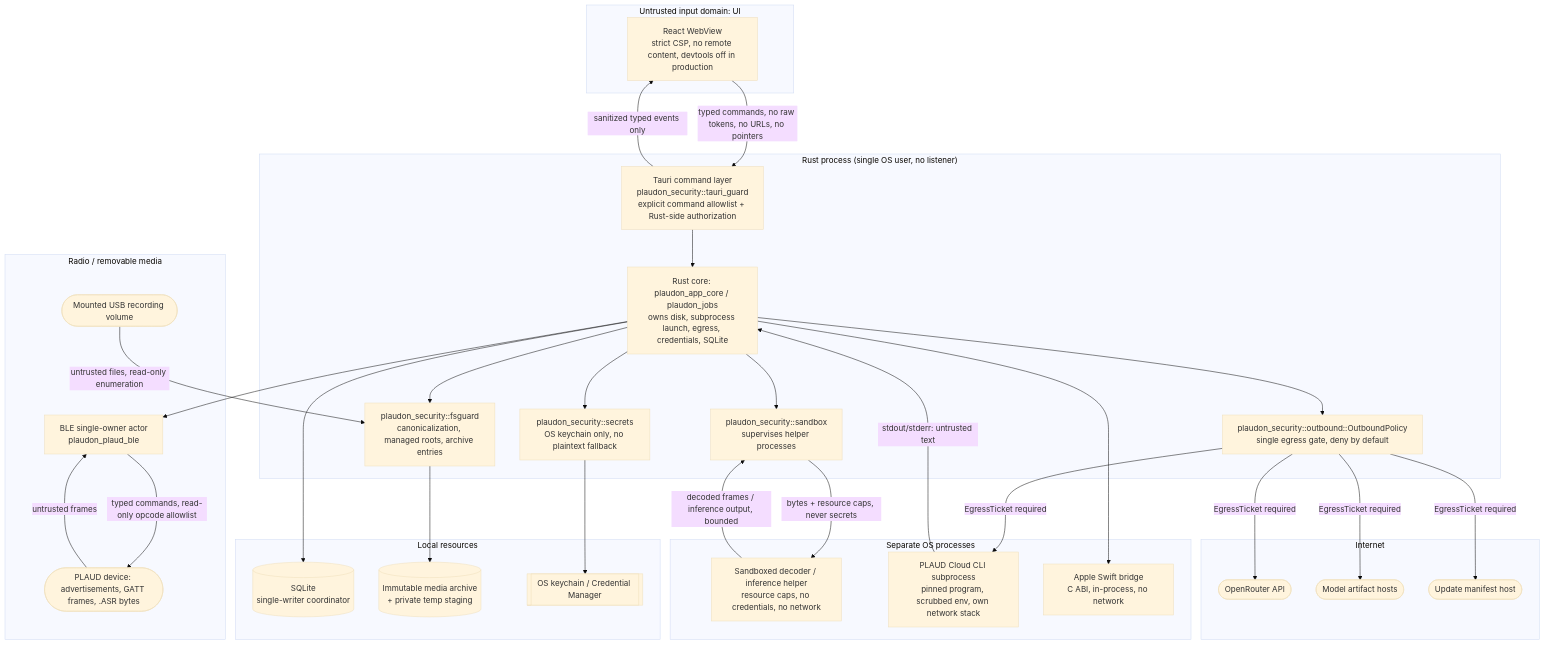
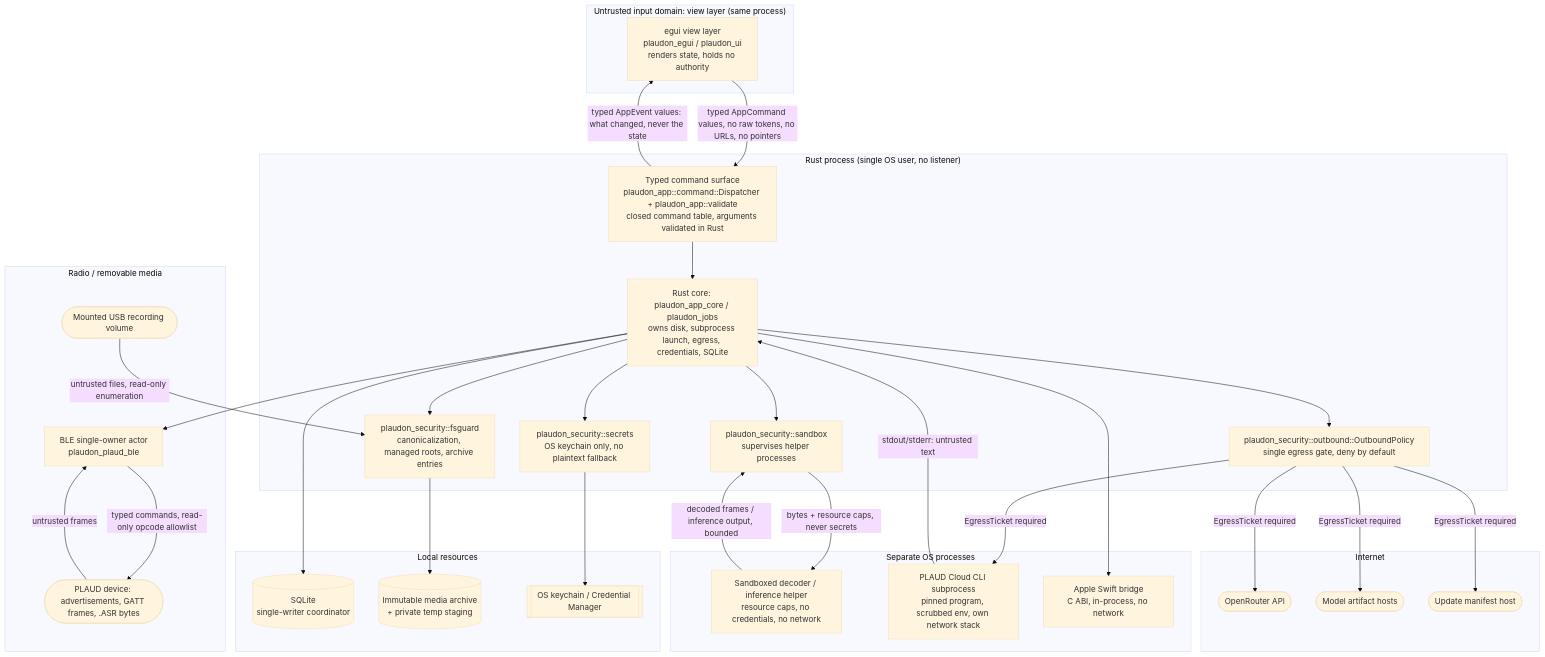
Before and after one commit to spdrman/plaudon: the diagram in docs/threat-model/trust-boundaries.md, drawn with Mermaid (base theme). The commit also changed other lines of this file and 417 other files, not shown here.

First line of the commit message:
O2.5: delete the Tauri/React stack and cut over to the egui shell

````diff
--- a/docs/threat-model/trust-boundaries.md
+++ b/docs/threat-model/trust-boundaries.md
@@ -14,62 +15,62 @@
 ```mermaid
 flowchart TB
-    subgraph untrusted_ui["Untrusted input domain: UI"]
-        WEBVIEW["React WebView<br/>strict CSP, no remote content, devtools off in production"]
+    subgraph untrusted_ui["Untrusted input domain: view layer (same process)"]
+        VIEW["egui view layer<br/>plaudon_egui / plaudon_ui<br/>renders state, holds no authority"]
     end
 
     subgraph trusted["Rust process (single OS user, no listener)"]
-        CMD["Tauri command layer<br/>plaudon_security::tauri_guard<br/>explicit command allowlist + Rust-side authorization"]
+        CMD["Typed command surface<br/>plaudon_app::command::Dispatcher + plaudon_app::validate<br/>closed command table, arguments validated in Rust"]
         CORE["Rust core: plaudon_app_core / plaudon_jobs<br/>owns disk, subprocess launch, egress, credentials, SQLite"]
         GATE["plaudon_security::outbound::OutboundPolicy<br/>single egress gate, deny by default"]
         FSG["plaudon_security::fsguard<br/>canonicalization, managed roots, archive entries"]
         SBX["plaudon_security::sandbox<br/>supervises helper processes"]
         SEC["plaudon_security::secrets<br/>OS keychain only, no plaintext fallback"]
     end
 
     subgraph local["Local resources"]
         DB[("SQLite<br/>single-writer coordinator")]
         ARCHIVE[("Immutable media archive<br/>+ private temp staging")]
         KEYCHAIN[["OS keychain / Credential Manager"]]
     end
 
     subgraph helpers["Separate OS processes"]
         DECODER["Sandboxed decoder / inference helper<br/>resource caps, no credentials, no network"]
         CLI["PLAUD Cloud CLI subprocess<br/>pinned program, scrubbed env, own network stack"]
         SWIFT["Apple Swift bridge<br/>C ABI, in-process, no network"]
     end
 
     subgraph radio["Radio / removable media"]
         BLEACTOR["BLE single-owner actor<br/>plaudon_plaud_ble"]
         DEVICE(["PLAUD device: advertisements, GATT frames, .ASR bytes"])
         USB(["Mounted USB recording volume"])
     end
 
     subgraph network["Internet"]
         OR(["OpenRouter API"])
         MODELS(["Model artifact hosts"])
         UPDATE(["Update manifest host"])
     end
 
-    WEBVIEW -- "typed commands, no raw tokens, no URLs, no pointers" --> CMD
-    CMD -- "sanitized typed events only" --> WEBVIEW
+    VIEW -- "typed AppCommand values, no raw tokens, no URLs, no pointers" --> CMD
+    CMD -- "typed AppEvent values: what changed, never the state" --> VIEW
     CMD --> CORE
     CORE --> FSG
     CORE --> SEC
     CORE --> SBX
     CORE --> GATE
     FSG --> ARCHIVE
     CORE --> DB
     SEC --> KEYCHAIN
     SBX -- "bytes + resource caps, never secrets" --> DECODER
     DECODER -- "decoded frames / inference output, bounded" --> SBX
     CORE --> SWIFT
     GATE -- "EgressTicket required" --> CLI
     GATE -- "EgressTicket required" --> OR
     GATE -- "EgressTicket required" --> MODELS
     GATE -- "EgressTicket required" --> UPDATE
     CLI -- "stdout/stderr: untrusted text" --> CORE
     CORE --> BLEACTOR
     BLEACTOR -- "typed commands, read-only opcode allowlist" --> DEVICE
     DEVICE -- "untrusted frames" --> BLEACTOR
     USB -- "untrusted files, read-only enumeration" --> FSG
 ```
````
